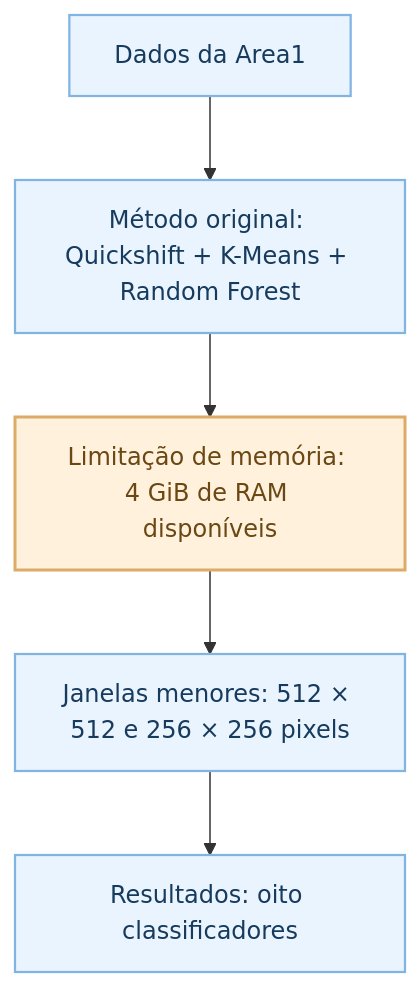
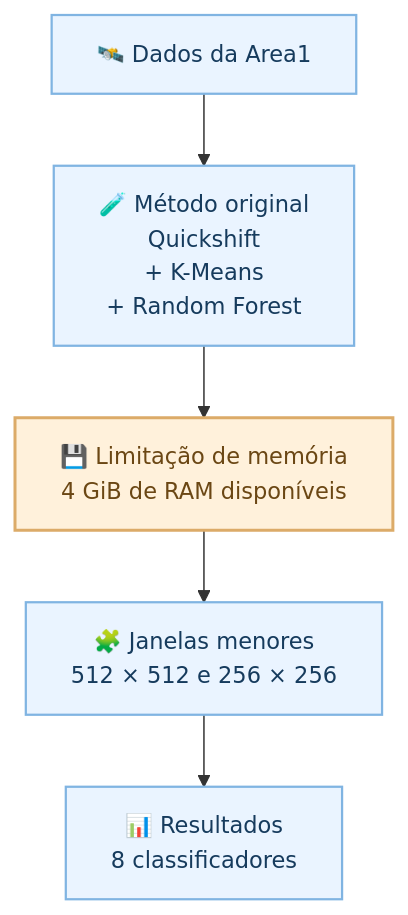
One commit to BrenoBragaGalvao/mestrado-arvores-urbanas changed the first of 3 diagrams in README.md. Above: the diagram before and after it, drawn with Mermaid.

Commit message:
docs: restaura fluxograma original e aumenta largura das caixas para evitar cortes

````diff
--- a/README.md
+++ b/README.md
@@ -14,16 +14,16 @@
 ```mermaid
-%%{init: {"flowchart": {"nodeSpacing": 50, "rankSpacing": 56, "htmlLabels": false}, "themeVariables": {"fontFamily": "Arial, sans-serif", "fontSize": "16px"}}}%%
+%%{init: {"flowchart": {"nodeSpacing": 40, "rankSpacing": 48, "minNodeWidth": 260, "wrappingWidth": 240}, "themeVariables": {"fontFamily": "Arial, sans-serif", "fontSize": "15px"}}}%%
 flowchart TB
-    A["Dados da Area1"]
-    B["Método original: Quickshift + K-Means + Random Forest"]
-    C["Limitação de memória: 4 GiB de RAM disponíveis"]
-    D["Janelas menores: 512 × 512 e 256 × 256 pixels"]
-    E["Resultados: oito classificadores"]
+    A["🛰️ Dados da Area1"]
+    B["🧪 Método original<br/>Quickshift<br/>+ K-Means<br/>+ Random Forest"]
+    C["💾 Limitação de memória<br/>4 GiB de RAM disponíveis"]
+    D["🧩 Janelas menores<br/>512 × 512 e 256 × 256"]
+    E["📊 Resultados<br/>8 classificadores"]
 
     A --> B --> C --> D --> E
 
     classDef etapa fill:#eaf4ff,stroke:#80b4e2,color:#163b5d,stroke-width:1.5px;
     classDef memoria fill:#fff1db,stroke:#dcab68,color:#6b4714,stroke-width:2px;
     class A,B,D,E etapa;
     class C memoria;
 ```
````
